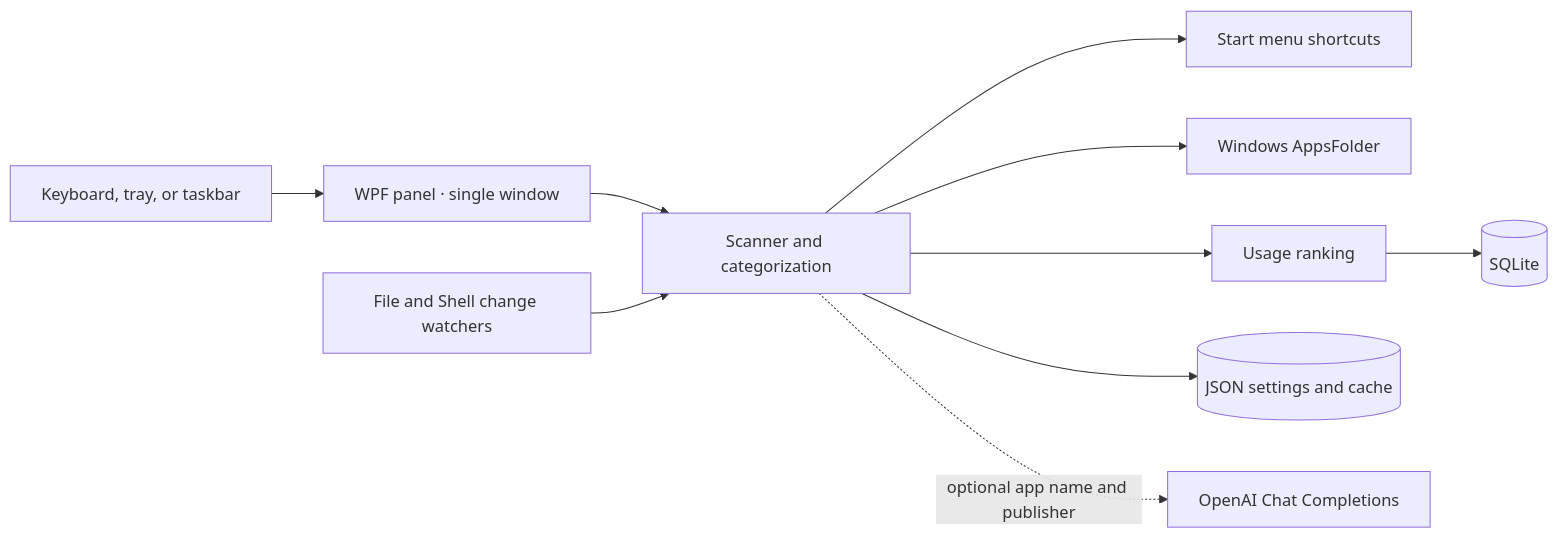
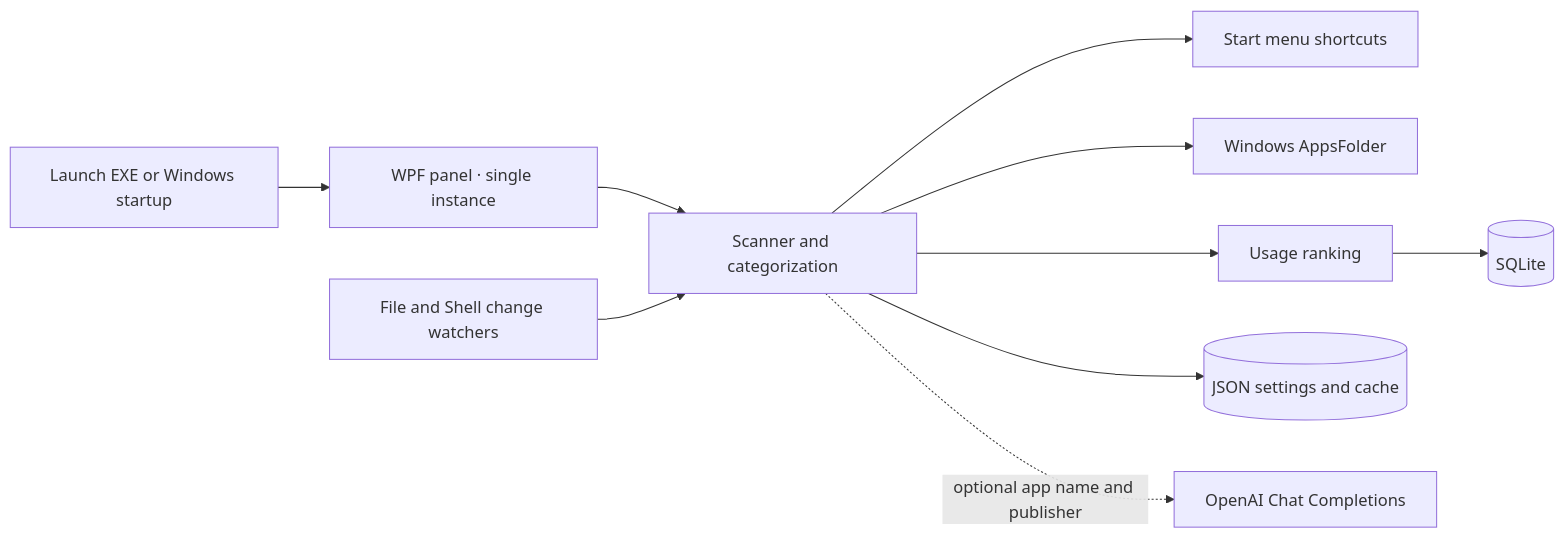
The second of 2 diagrams in README.md (mustafawiped/Sheriff), drawn with Mermaid before and after one commit. The commit also changed other lines of this file and 9 other files, not shown here.

```diff
--- a/README.md
+++ b/README.md
@@ -104,12 +107,12 @@
 ~~~mermaid
 flowchart LR
-    User[Keyboard, tray, or taskbar] --> App[WPF panel · single window]
+    User[Launch EXE or Windows startup] --> App[WPF panel · single instance]
     App --> Core[Scanner and categorization]
     Core --> Start[Start menu shortcuts]
     Core --> Store[Windows AppsFolder]
     Core --> Rank[Usage ranking]
     Rank --> DB[(SQLite)]
     Core --> Config[(JSON settings and cache)]
     Watch[File and Shell change watchers] --> Core
     Core -. optional app name and publisher .-> OpenAI[OpenAI Chat Completions]
 ~~~
```
